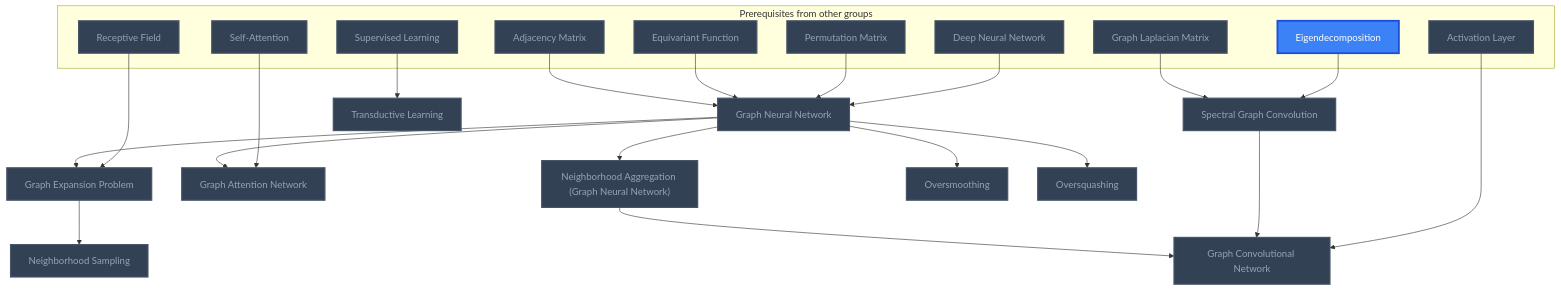
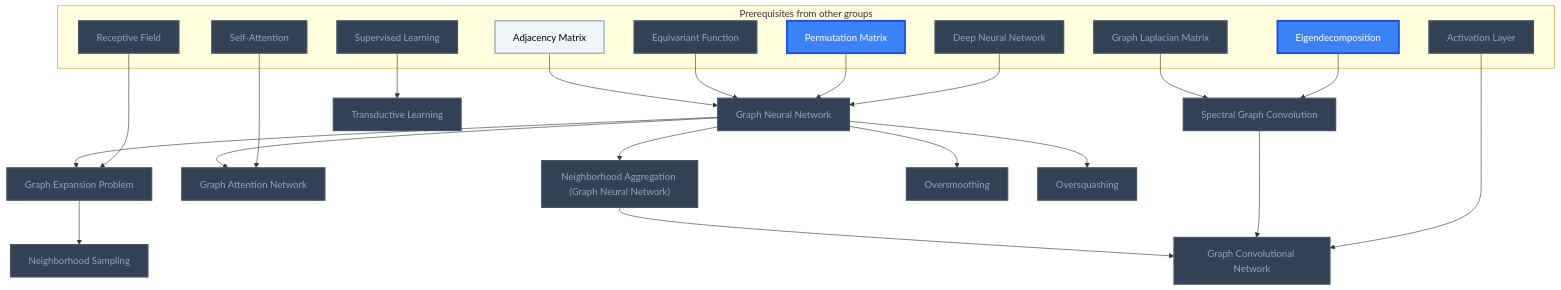
One commit to MRauf1/My-Notes changed diagram 12 of 21 in Gamification/Skill Trees/Deep Learning.md. Above: the diagram before and after it, drawn with Mermaid. The commit also changed other lines of this file and 145 other files, not shown here.

````diff
--- a/Gamification/Skill Trees/Deep Learning.md
+++ b/Gamification/Skill Trees/Deep Learning.md
@@ -660,55 +663,56 @@
 ```mermaid
 flowchart TD
     classDef planned fill:#1E293B,stroke:#64748B,stroke-width:2px,stroke-dasharray:5 5,color:#94A3B8;
     classDef locked fill:#334155,stroke:#475569,stroke-width:2px,color:#94A3B8;
     classDef L0 fill:#F1F5F9,stroke:#94A3B8,stroke-width:2px,color:#000000;
     classDef L1 fill:#22C55E,stroke:#15803D,stroke-width:2px,color:#000000;
     classDef L2 fill:#3B82F6,stroke:#1D4ED8,stroke-width:3px,color:#FFFFFF;
     classDef L3 fill:#A855F7,stroke:#6B21A8,stroke-width:3px,color:#FFFFFF,font-weight:bold;
     classDef L4 fill:#F97316,stroke:#C2410C,stroke-width:4px,color:#000000,font-weight:bold;
     classDef L5 fill:#FFD700,stroke:#FF8C00,stroke-width:5px,color:#000000,font-weight:bold;
     classDef rusty stroke:#8B4513,stroke-width:4px,stroke-dasharray:3 3;
     subgraph sg_prereqs["Prerequisites from other groups"]
         n_adjacency_matrix["Adjacency Matrix"]
         n_equivariant_function["Equivariant Function"]
         n_permutation_matrix["Permutation Matrix"]
         n_deep_neural_network["Deep Neural Network"]
         n_graph_laplacian_matrix["Graph Laplacian Matrix"]
         n_eigendecomposition["Eigendecomposition"]
         n_self_attention["Self-Attention"]
         n_supervised_learning["Supervised Learning"]
         n_receptive_field["Receptive Field"]
         n_activation_layer["Activation Layer"]
     end
     n_graph_neural_network["Graph Neural Network"]
     n_neighborhood_aggregation_graph_neural_network["Neighborhood Aggregation (Graph Neural Network)"]
     n_spectral_graph_convolution["Spectral Graph Convolution"]
     n_graph_convolutional_network["Graph Convolutional Network"]
     n_graph_attention_network["Graph Attention Network"]
     n_transductive_learning["Transductive Learning"]
     n_graph_expansion_problem["Graph Expansion Problem"]
     n_neighborhood_sampling["Neighborhood Sampling"]
     n_oversmoothing["Oversmoothing"]
     n_oversquashing["Oversquashing"]
     n_adjacency_matrix --> n_graph_neural_network
     n_equivariant_function --> n_graph_neural_network
     n_permutation_matrix --> n_graph_neural_network
     n_deep_neural_network --> n_graph_neural_network
     n_graph_neural_network --> n_neighborhood_aggregation_graph_neural_network
     n_graph_laplacian_matrix --> n_spectral_graph_convolution
     n_eigendecomposition --> n_spectral_graph_convolution
     n_neighborhood_aggregation_graph_neural_network --> n_graph_convolutional_network
     n_spectral_graph_convolution --> n_graph_convolutional_network
     n_graph_neural_network --> n_graph_attention_network
     n_self_attention --> n_graph_attention_network
     n_supervised_learning --> n_transductive_learning
     n_graph_neural_network --> n_graph_expansion_problem
     n_receptive_field --> n_graph_expansion_problem
     n_graph_expansion_problem --> n_neighborhood_sampling
     n_graph_neural_network --> n_oversmoothing
     n_graph_neural_network --> n_oversquashing
     n_activation_layer --> n_graph_convolutional_network
-    class n_adjacency_matrix,n_equivariant_function,n_permutation_matrix,n_deep_neural_network,n_graph_laplacian_matrix,n_self_attention,n_supervised_learning,n_receptive_field,n_activation_layer,n_graph_neural_network,n_neighborhood_aggregation_graph_neural_network,n_spectral_graph_convolution,n_graph_convolutional_network,n_graph_attention_network,n_transductive_learning,n_graph_expansion_problem,n_neighborhood_sampling,n_oversmoothing,n_oversquashing locked;
-    class n_eigendecomposition L2;
+    class n_equivariant_function,n_deep_neural_network,n_graph_laplacian_matrix,n_self_attention,n_supervised_learning,n_receptive_field,n_activation_layer,n_graph_neural_network,n_neighborhood_aggregation_graph_neural_network,n_spectral_graph_convolution,n_graph_convolutional_network,n_graph_attention_network,n_transductive_learning,n_graph_expansion_problem,n_neighborhood_sampling,n_oversmoothing,n_oversquashing locked;
+    class n_adjacency_matrix L0;
+    class n_permutation_matrix,n_eigendecomposition L2;
     class n_adjacency_matrix,n_equivariant_function,n_permutation_matrix,n_deep_neural_network,n_graph_laplacian_matrix,n_eigendecomposition,n_self_attention,n_supervised_learning,n_receptive_field,n_activation_layer,n_graph_neural_network,n_neighborhood_aggregation_graph_neural_network,n_spectral_graph_convolution,n_graph_convolutional_network,n_graph_attention_network,n_transductive_learning,n_graph_expansion_problem,n_neighborhood_sampling,n_oversmoothing,n_oversquashing internal-link;
 ```
````
